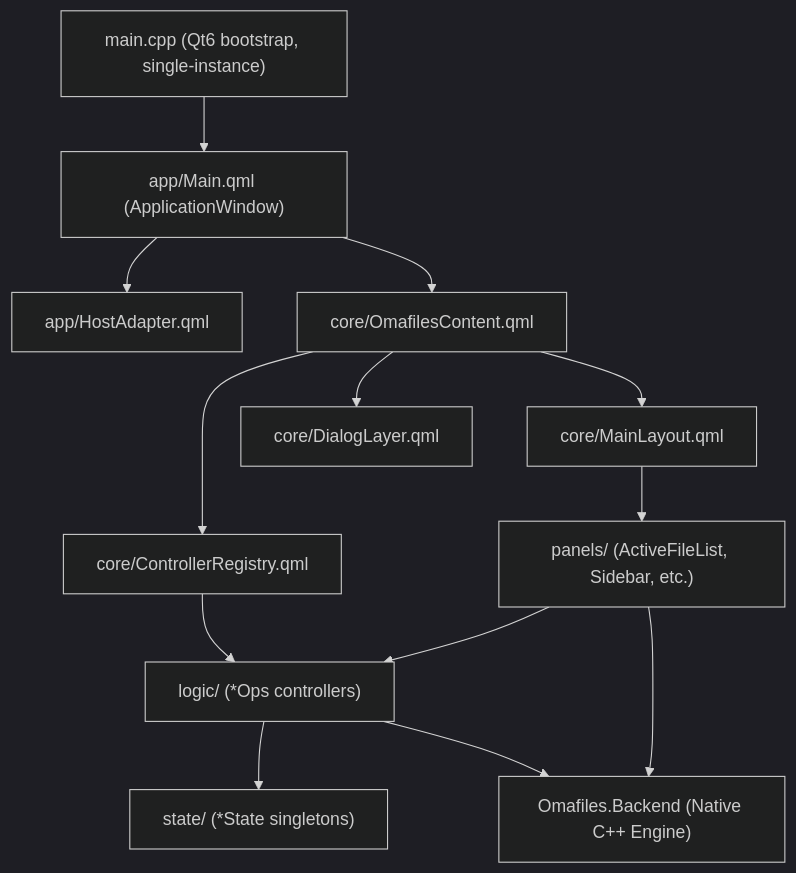
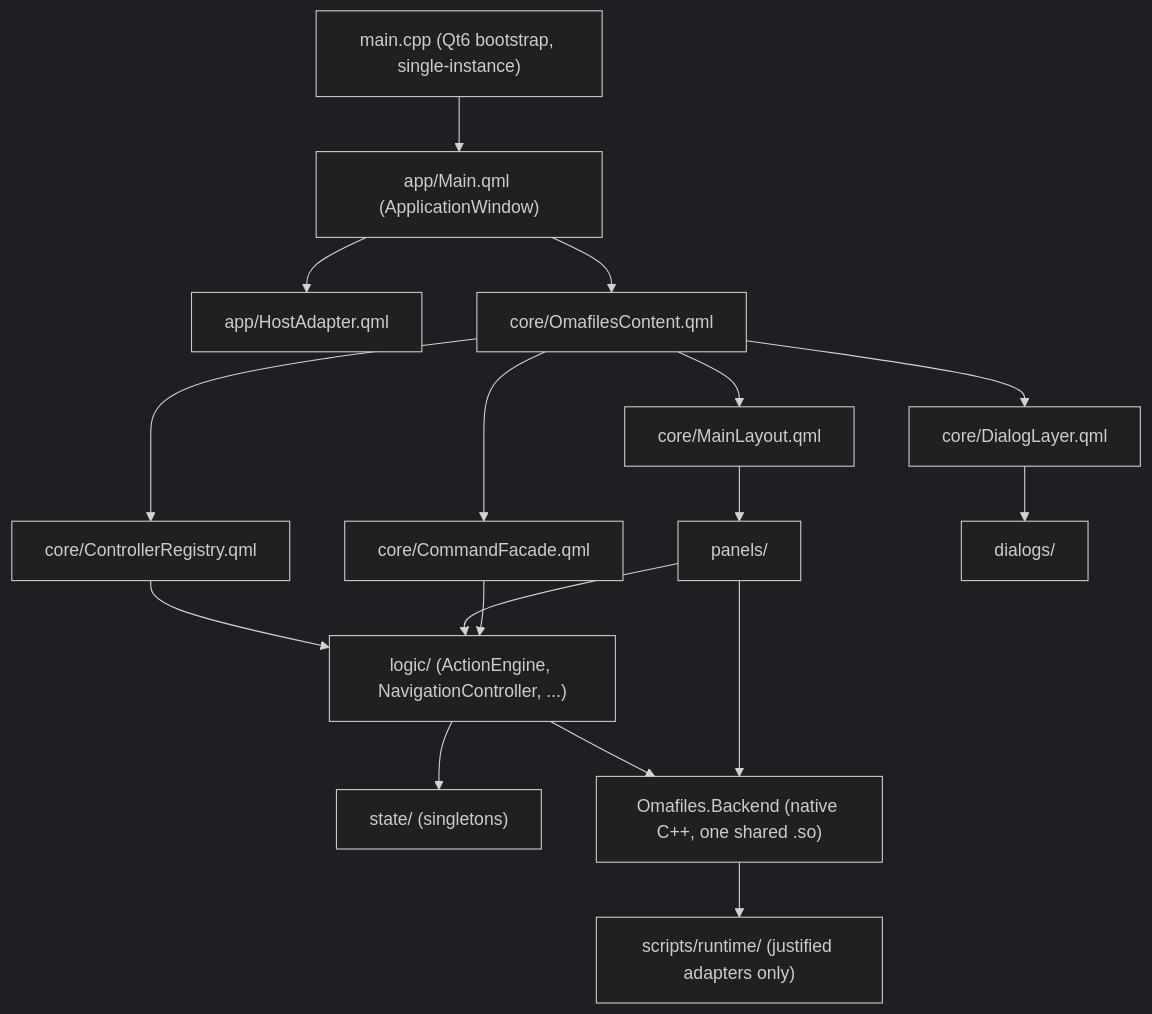
One commit to Flaxenox/omafiles changed the diagram in docs/architecture/ARCHITECTURE.md. Above: the diagram before and after it, drawn with Mermaid (dark theme). The commit also changed other lines of this file and 31 other files, not shown here.

First line of the commit message:
fix: P1 architectural hardening, Debian Sid feedback fixes, P2.1 cleanup

````diff
--- a/docs/architecture/ARCHITECTURE.md
+++ b/docs/architecture/ARCHITECTURE.md
@@ -54,15 +78,19 @@
 ```mermaid
 graph TD
   MainCpp["main.cpp (Qt6 bootstrap, single-instance)"] --> MainQml["app/Main.qml (ApplicationWindow)"]
   MainQml --> HostAdapter["app/HostAdapter.qml"]
   MainQml --> Content["core/OmafilesContent.qml"]
   Content --> Registry["core/ControllerRegistry.qml"]
   Content --> Layout["core/MainLayout.qml"]
   Content --> Dialogs["core/DialogLayer.qml"]
-  Registry --> Logic["logic/ (*Ops controllers)"]
-  Layout --> Panels["panels/ (ActiveFileList, Sidebar, etc.)"]
+  Content --> Facade["core/CommandFacade.qml"]
+  Registry --> Logic["logic/ (ActionEngine, NavigationController, ...)"]
+  Layout --> Panels["panels/"]
+  Dialogs --> DialogsDir["dialogs/"]
   Panels --> Logic
-  Logic --> State["state/ (*State singletons)"]
-  Logic --> Backend["Omafiles.Backend (Native C++ Engine)"]
+  Facade --> Logic
+  Logic --> State["state/ (singletons)"]
+  Logic --> Backend["Omafiles.Backend (native C++, one shared .so)"]
   Panels --> Backend
+  Backend --> ScriptsRuntime["scripts/runtime/ (justified adapters only)"]
 ```
````
